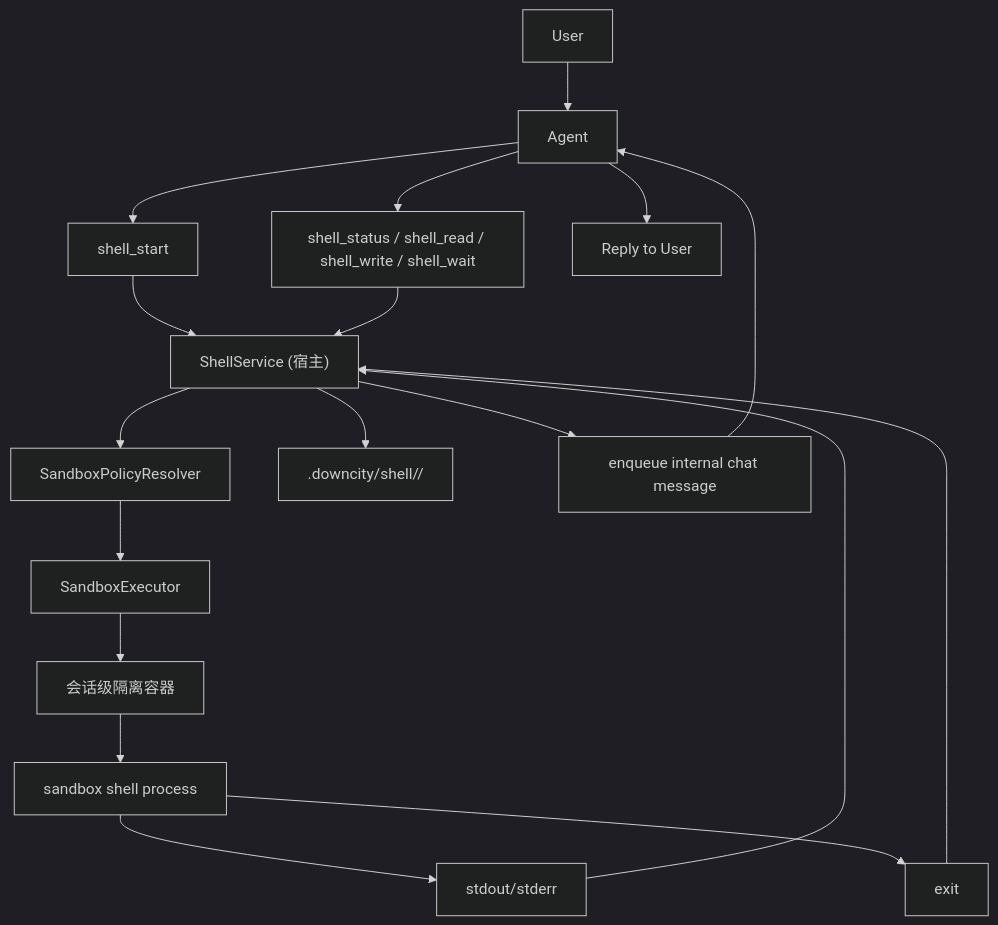
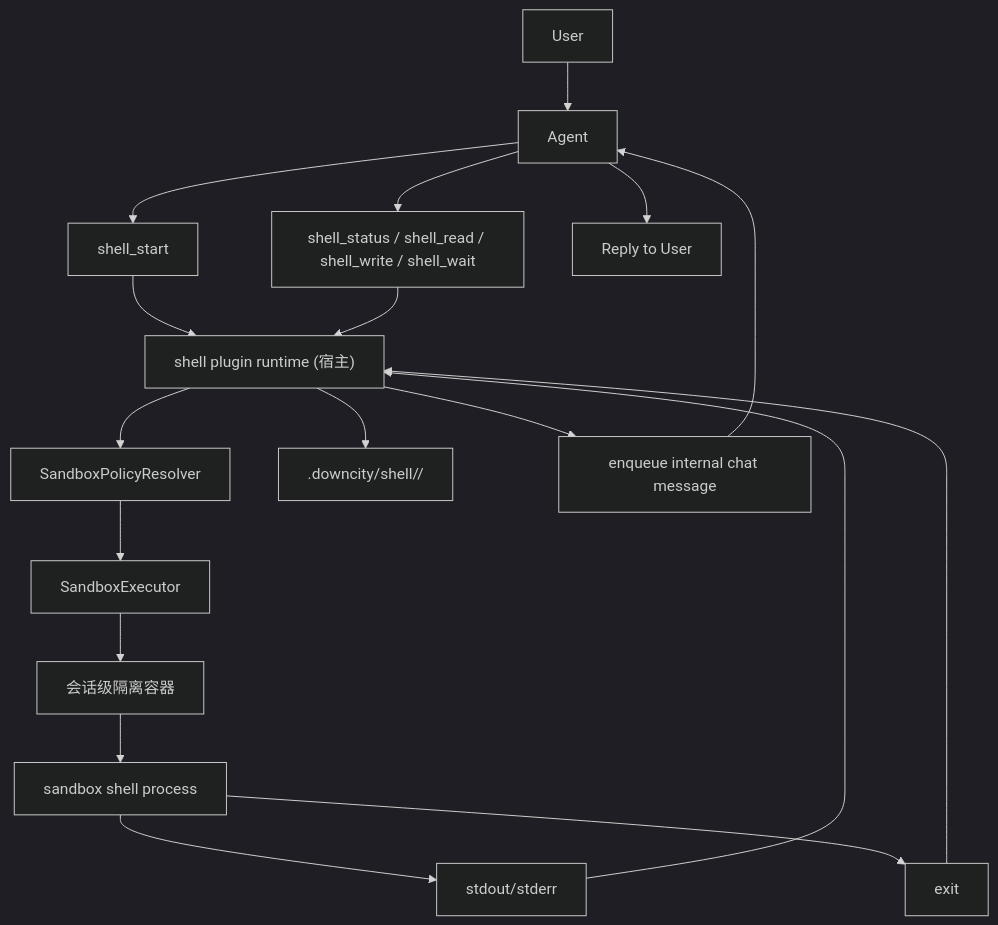
One commit to wangenius/downcity changed the first of 2 diagrams in homepage/content/devdocs/zh/package/session-sandbox-execution.mdx. Above: the diagram before and after it, drawn with Mermaid (dark theme). The commit also changed other lines of this file and 433 other files, not shown here.

Commit message:
refactor(agent,city): unify plugin-session architecture

````diff
--- a/homepage/content/devdocs/zh/package/session-sandbox-execution.mdx
+++ b/homepage/content/devdocs/zh/package/session-sandbox-execution.mdx
@@ -256,20 +256,20 @@
 ```mermaid
 flowchart TD
   U["User"] --> A["Agent"]
   A --> S["shell_start"]
-  S --> H["ShellService (宿主)"]
+  S --> H["shell plugin runtime (宿主)"]
   H --> P["SandboxPolicyResolver"]
   P --> X["SandboxExecutor"]
   X --> C["会话级隔离容器"]
   C --> SH["sandbox shell process"]
   SH --> O["stdout/stderr"]
   O --> H
   H --> D[".downcity/shell/<shell_id>/"]
   A --> W["shell_status / shell_read / shell_write / shell_wait"]
   W --> H
   SH --> E["exit"]
   E --> H
   H --> I["enqueue internal chat message"]
   I --> A
   A --> R["Reply to User"]
 ```
````
